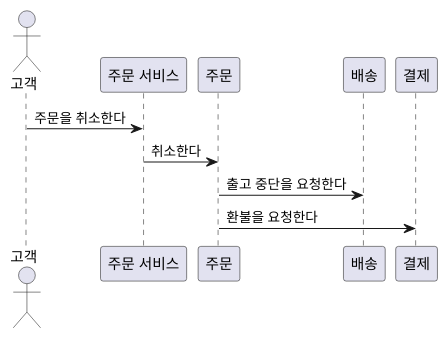
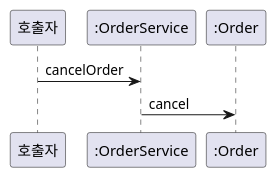
Diagram 13 of 14 in courses/ooad/sessions/s01.md (YoungSan77/TrainingMaterials), drawn with PlantUML before and after one commit. The commit also changed other lines of this file and 51 other files, not shown here.

````diff
--- a/courses/ooad/sessions/s01.md
+++ b/courses/ooad/sessions/s01.md
@@ -772,14 +685,9 @@
 ```plantuml:sequence
 @startuml
-actor "고객" as Customer
-participant "주문 서비스" as OrderService
-participant "주문" as Order
-participant "배송" as Delivery
-participant "결제" as Payment
-
-Customer -> OrderService : 주문을 취소한다
-OrderService -> Order : 취소한다
-Order -> Delivery : 출고 중단을 요청한다
-Order -> Payment : 환불을 요청한다
+participant "호출자" as C
+participant ":OrderService" as S
+participant ":Order" as O
+C -> S : cancelOrder
+S -> O : cancel
 @enduml
 ```
````
